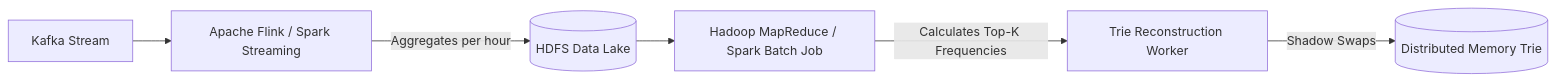
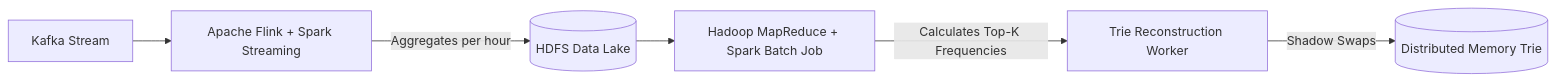
One commit to Amit506/System-Design changed the second of 2 diagrams in Premium-Edition/02_Architectures/12_Typeahead_Autocomplete.md. Above: the diagram before and after it, drawn with Mermaid. The commit also changed other lines of this file and 32 other files, not shown here.

````diff
--- a/Premium-Edition/02_Architectures/12_Typeahead_Autocomplete.md
+++ b/Premium-Edition/02_Architectures/12_Typeahead_Autocomplete.md
@@ -59,10 +59,10 @@
 ```mermaid
 graph LR
-    KafkaBroker[Kafka Stream] --> FlinkIngest[Apache Flink / Spark Streaming]
+    KafkaBroker[Kafka Stream] --> FlinkIngest[Apache Flink + Spark Streaming]
     FlinkIngest -->|Aggregates per hour| HDFSDataLake[(HDFS Data Lake)]
     
-    HDFSDataLake --> MapReduce[Hadoop MapReduce / Spark Batch Job]
+    HDFSDataLake --> MapReduce[Hadoop MapReduce + Spark Batch Job]
     MapReduce -->|Calculates Top-K Frequencies| TrieBuilder[Trie Reconstruction Worker]
     
     TrieBuilder -->|Shadow Swaps| RedisTrie[(Distributed Memory Trie)]
 ```
````
